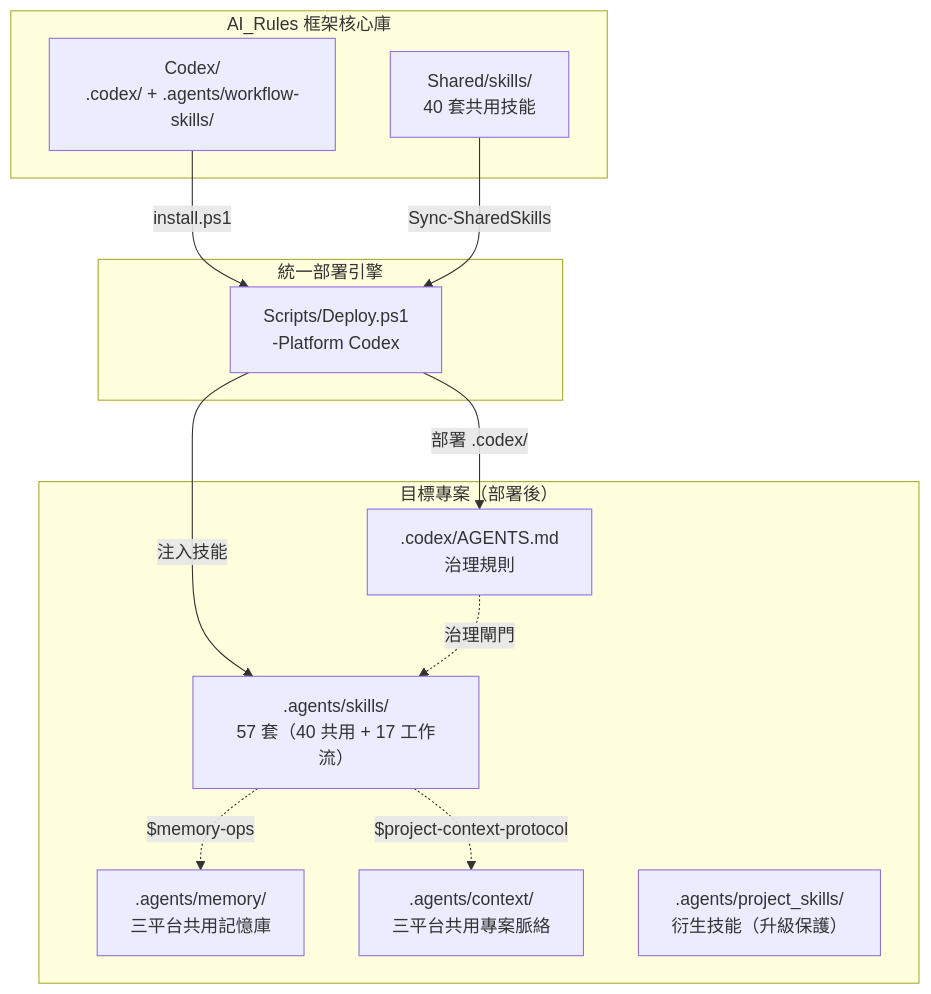
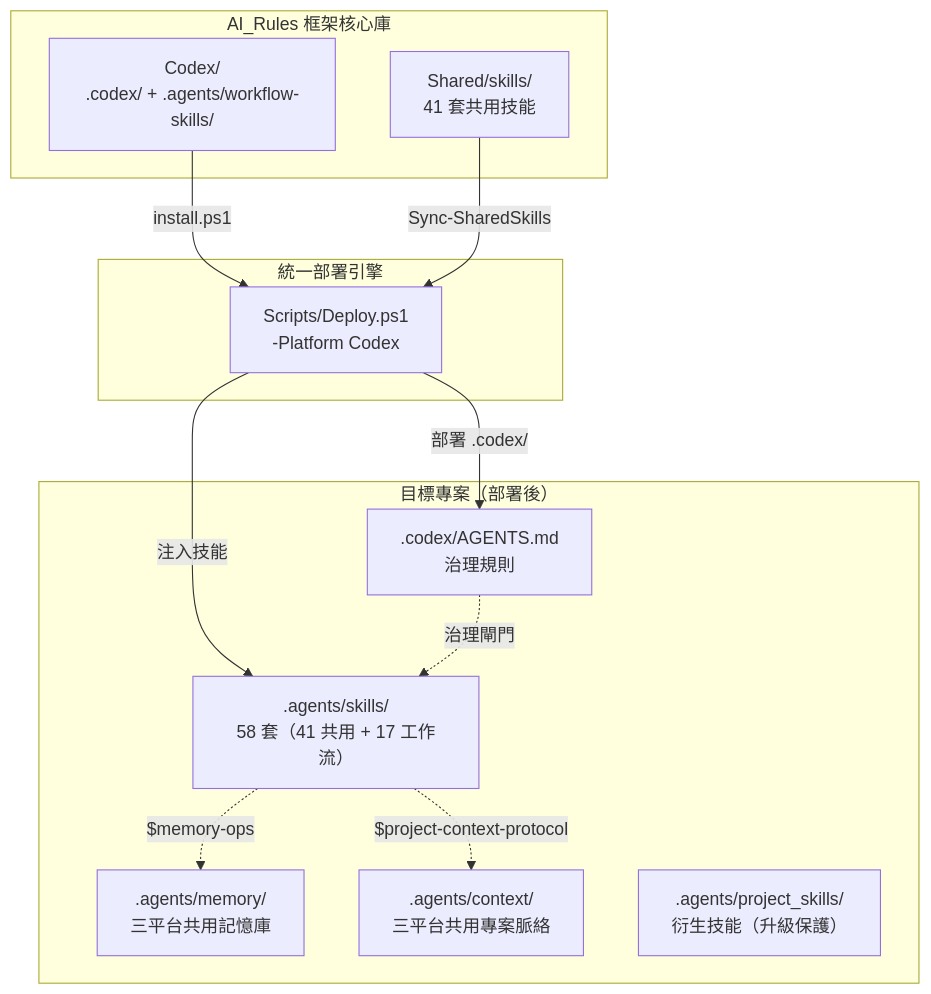
Before and after one commit to Kunshao1117/AI_Rules: the first of 2 diagrams in Codex/README.md, drawn with Mermaid. The commit also changed other lines of this file and 20 other files, not shown here.

````diff
--- a/Codex/README.md
+++ b/Codex/README.md
@@ -77,27 +78,27 @@
 ```mermaid
 graph TB
     subgraph "AI_Rules 框架核心庫"
         SRC["Codex/<br/>.codex/ + .agents/workflow-skills/"]
-        SH["Shared/skills/<br/>40 套共用技能"]
+        SH["Shared/skills/<br/>41 套共用技能"]
     end
 
     subgraph "統一部署引擎"
         DEPLOY["Scripts/Deploy.ps1<br/>-Platform Codex"]
     end
 
     subgraph "目標專案（部署後）"
         CODEX[".codex/AGENTS.md<br/>治理規則"]
-        SKILLS[".agents/skills/<br/>57 套（40 共用 + 17 工作流）"]
+        SKILLS[".agents/skills/<br/>58 套（41 共用 + 17 工作流）"]
         MEM[".agents/memory/<br/>三平台共用記憶庫"]
         CTX[".agents/context/<br/>三平台共用專案脈絡"]
         PROJ[".agents/project_skills/<br/>衍生技能（升級保護）"]
     end
 
     SRC -->|"install.ps1"| DEPLOY
     SH -->|"Sync-SharedSkills"| DEPLOY
     DEPLOY -->|"部署 .codex/"| CODEX
     DEPLOY -->|"注入技能"| SKILLS
     SKILLS -.->|"$memory-ops"| MEM
     SKILLS -.->|"$project-context-protocol"| CTX
     CODEX -.->|"治理閘門"| SKILLS
 ```
````
